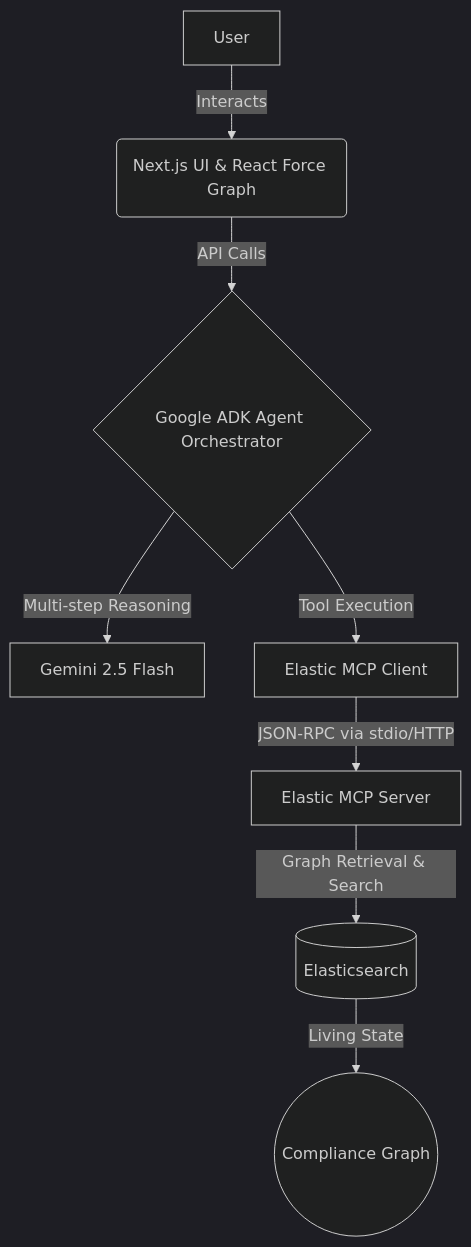
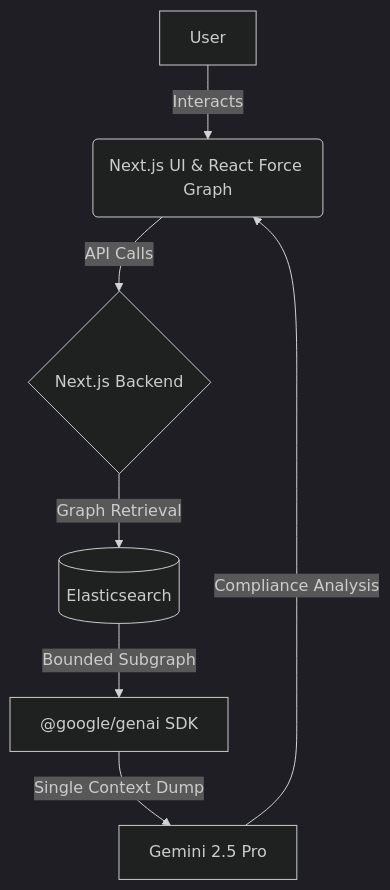
The diagram in README.md (AshutoshMishraIITKGP/RegChain-google-cloud-rapid-agent-2026), drawn with Mermaid (dark theme) before and after one commit. The commit also changed other lines of this file, not shown here.

Commit message:
Update README architecture to reflect @google/genai and gemini-2.5-pro single-dump implementation

````diff
--- a/README.md
+++ b/README.md
@@ -55,10 +55,9 @@
 ```mermaid
 graph TD
     A["User"] -->|"Interacts"| B("Next.js UI & React Force Graph")
-    B -->|"API Calls"| C{"Google ADK Agent Orchestrator"}
-    C -->|"Multi-step Reasoning"| D["Gemini 2.5 Flash"]
-    C -->|"Tool Execution"| E["Elastic MCP Client"]
-    E -->|"JSON-RPC via stdio/HTTP"| F["Elastic MCP Server"]
-    F -->|"Graph Retrieval & Search"| G[("Elasticsearch")]
-    G -->|"Living State"| H(("Compliance Graph"))
+    B -->|"API Calls"| C{"Next.js Backend"}
+    C -->|"Graph Retrieval"| D[("Elasticsearch")]
+    D -->|"Bounded Subgraph"| E["@google/genai SDK"]
+    E -->|"Single Context Dump"| F["Gemini 2.5 Pro"]
+    F -->|"Compliance Analysis"| B
 ```
````
